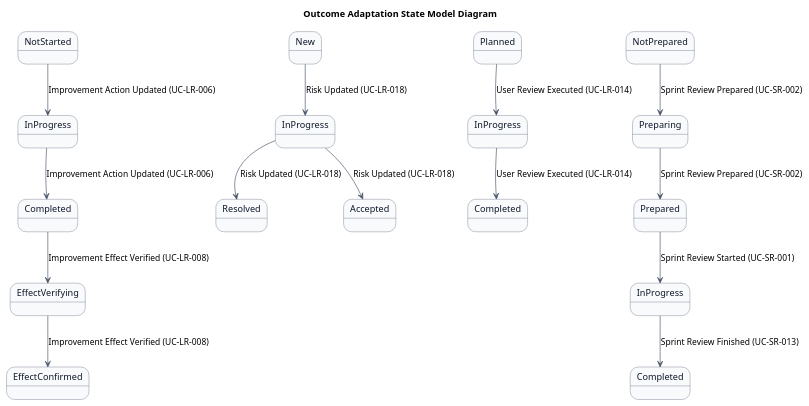
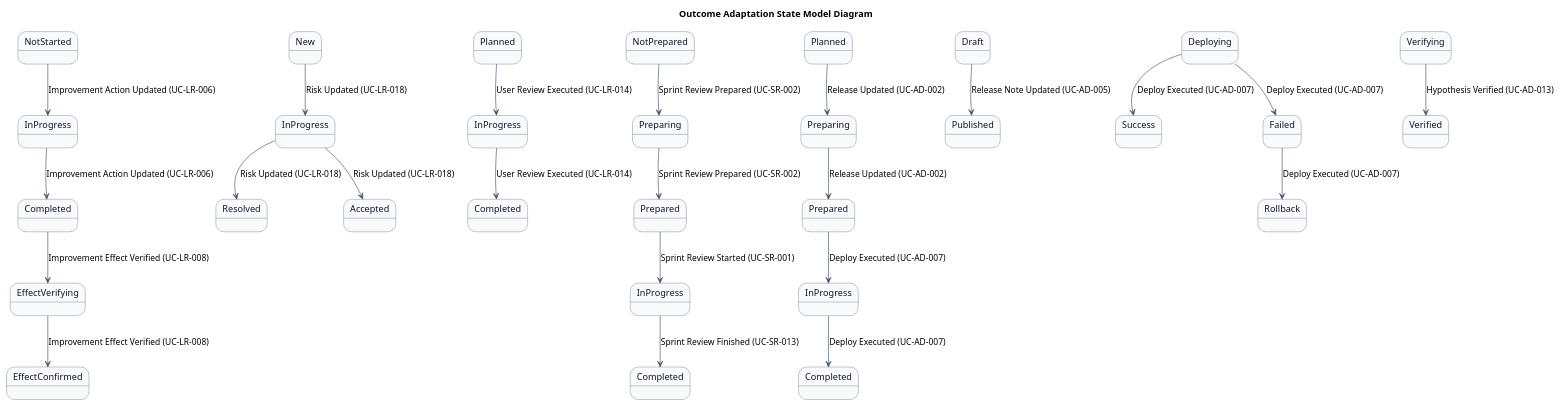
One commit to mizo432/modulith-learning changed the first of 2 diagrams in docs/22 要件定義書/AG アジルーム/03 機能要件/AG-06 成果適応/04.システム/02.ステート/ステートマシン図.md. Above: the diagram before and after it, drawn with PlantUML. The commit also changed other lines of this file and 34 other files, not shown here.

Commit message:
docs(AG-06): Phase5残りエラー修正 - SCR-017画面定義、UC-AD複合図21件、BUC-AD記述8件、ST-ADステートマシン図追加

````diff
--- a/docs/22 要件定義書/AG アジルーム/03 機能要件/AG-06 成果適応/04.システム/02.ステート/ステートマシン図.md
+++ b/docs/22 要件定義書/AG アジルーム/03 機能要件/AG-06 成果適応/04.システム/02.ステート/ステートマシン図.md
@@ -44,6 +44,27 @@
 state "InProgress" as InProgress_SR
 state "Completed" as Completed_SR <<exit>>
 
+' Release Plan states (ST-AD-01 to ST-AD-05)
+state "Planned" as Planned_AD <<entry>>
+state "Preparing" as Preparing_AD
+state "Prepared" as Prepared_AD
+state "InProgress" as InProgress_AD
+state "Completed" as Completed_AD <<exit>>
+
+' Release Note states (ST-AD-06 to ST-AD-07)
+state "Draft" as Draft_AD <<entry>>
+state "Published" as Published_AD <<exit>>
+
+' Deploy Result states (ST-AD-08 to ST-AD-11)
+state "Deploying" as Deploying_AD <<entry>>
+state "Success" as Success_AD <<exit>>
+state "Failed" as Failed_AD
+state "Rollback" as Rollback_AD <<exit>>
+
+' Hypothesis Verification states (ST-AD-12 to ST-AD-13)
+state "Verifying" as Verifying_AD <<entry>>
+state "Verified" as Verified_AD <<exit>>
+
 ' Improvement Action transitions
 NotStarted_IA --> InProgress_IA : Improvement Action Updated (UC-LR-006)
 InProgress_IA --> Completed_IA : Improvement Action Updated (UC-LR-006)
@@ -64,5 +85,22 @@
 Preparing_SR --> Prepared_SR : Sprint Review Prepared (UC-SR-002)
 Prepared_SR --> InProgress_SR : Sprint Review Started (UC-SR-001)
 InProgress_SR --> Completed_SR : Sprint Review Finished (UC-SR-013)
+
+' Release Plan transitions
+Planned_AD --> Preparing_AD : Release Updated (UC-AD-002)
+Preparing_AD --> Prepared_AD : Release Updated (UC-AD-002)
+Prepared_AD --> InProgress_AD : Deploy Executed (UC-AD-007)
+InProgress_AD --> Completed_AD : Deploy Executed (UC-AD-007)
+
+' Release Note transitions
+Draft_AD --> Published_AD : Release Note Updated (UC-AD-005)
+
+' Deploy Result transitions
+Deploying_AD --> Success_AD : Deploy Executed (UC-AD-007)
+Deploying_AD --> Failed_AD : Deploy Executed (UC-AD-007)
+Failed_AD --> Rollback_AD : Deploy Executed (UC-AD-007)
+
+' Hypothesis Verification transitions
+Verifying_AD --> Verified_AD : Hypothesis Verified (UC-AD-013)
 @enduml
 ```
````
